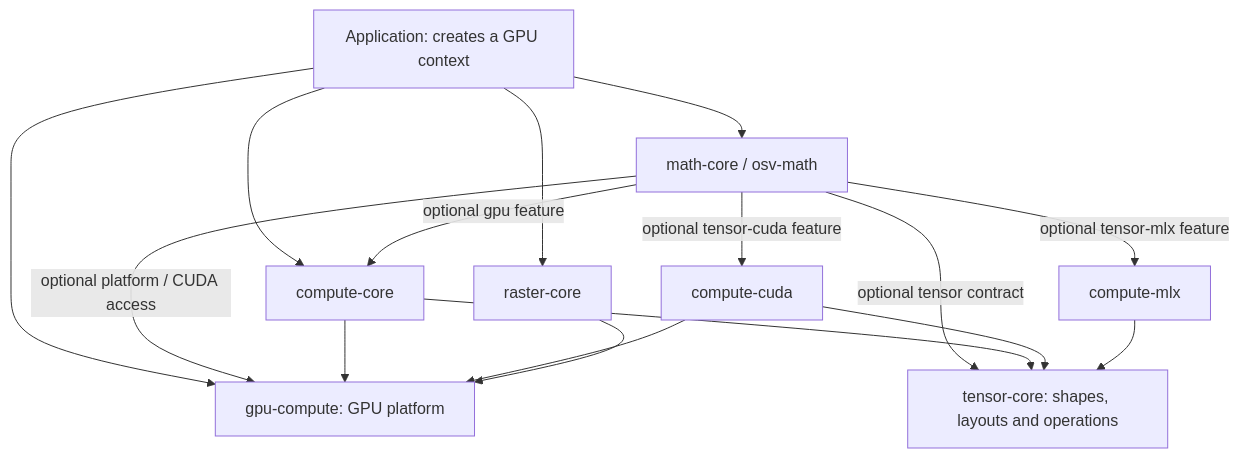
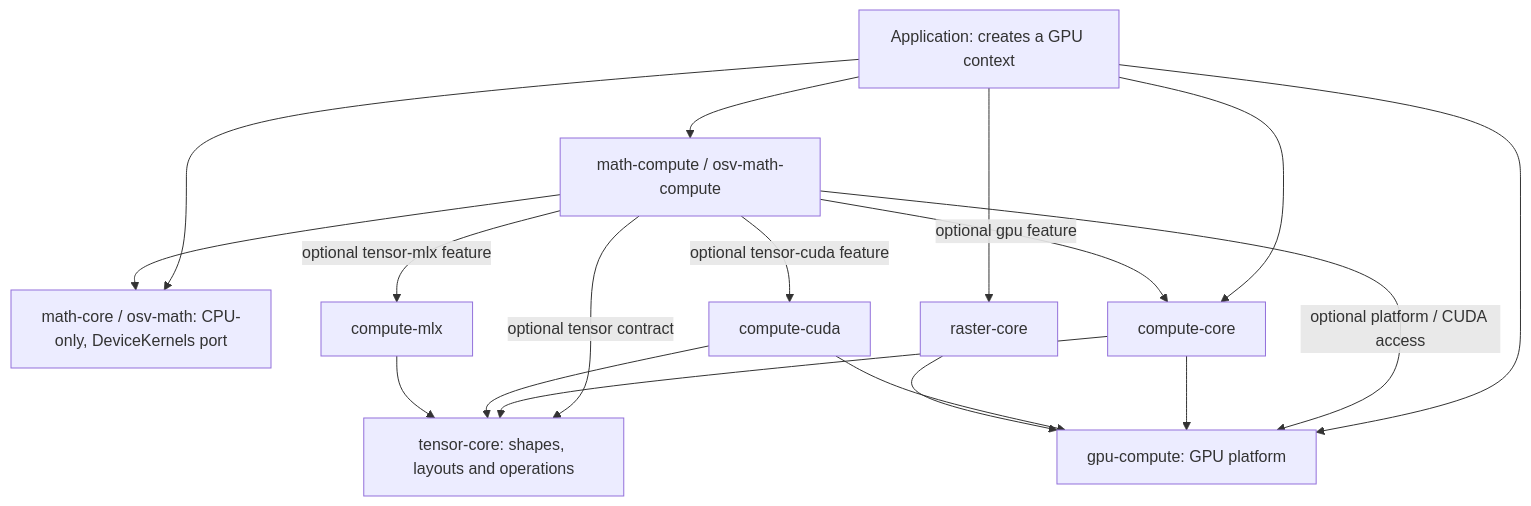
One commit to themoretheless/open-scad-viewer changed the diagram in docs/design/gpu-library-architecture.md. Above: the diagram before and after it, drawn with Mermaid. The commit also changed other lines of this file and 197 other files, not shown here.

First line of the commit message:
Architecture ratchet, CPU-only math-core, geometry-bridge domain split (#33)

````diff
--- a/docs/design/gpu-library-architecture.md
+++ b/docs/design/gpu-library-architecture.md
@@ -17,26 +17,29 @@
 ```mermaid
 flowchart TD
     App[Application: creates a GPU context]
-    Math[math-core / osv-math]
+    Math[math-core / osv-math: CPU-only, DeviceKernels port]
+    MathCompute[math-compute / osv-math-compute]
     Compute[compute-core]
     Raster[raster-core]
     GPU[gpu-compute: GPU platform]
     Tensor[tensor-core: shapes, layouts and operations]
     CUDA[compute-cuda]
     MLX[compute-mlx]
     App --> Math
+    App --> MathCompute
     App --> Compute
     App --> Raster
     App --> GPU
-    Math -->|optional gpu feature| Compute
-    Math -->|optional platform / CUDA access| GPU
-    Math -->|optional tensor contract| Tensor
-    Math -->|optional tensor-cuda feature| CUDA
-    Math -->|optional tensor-mlx feature| MLX
+    MathCompute --> Math
+    MathCompute -->|optional gpu feature| Compute
+    MathCompute -->|optional platform / CUDA access| GPU
+    MathCompute -->|optional tensor contract| Tensor
+    MathCompute -->|optional tensor-cuda feature| CUDA
+    MathCompute -->|optional tensor-mlx feature| MLX
     Compute --> GPU
     Compute --> Tensor
     CUDA --> GPU
     CUDA --> Tensor
     MLX --> Tensor
     Raster --> GPU
 ```
````
